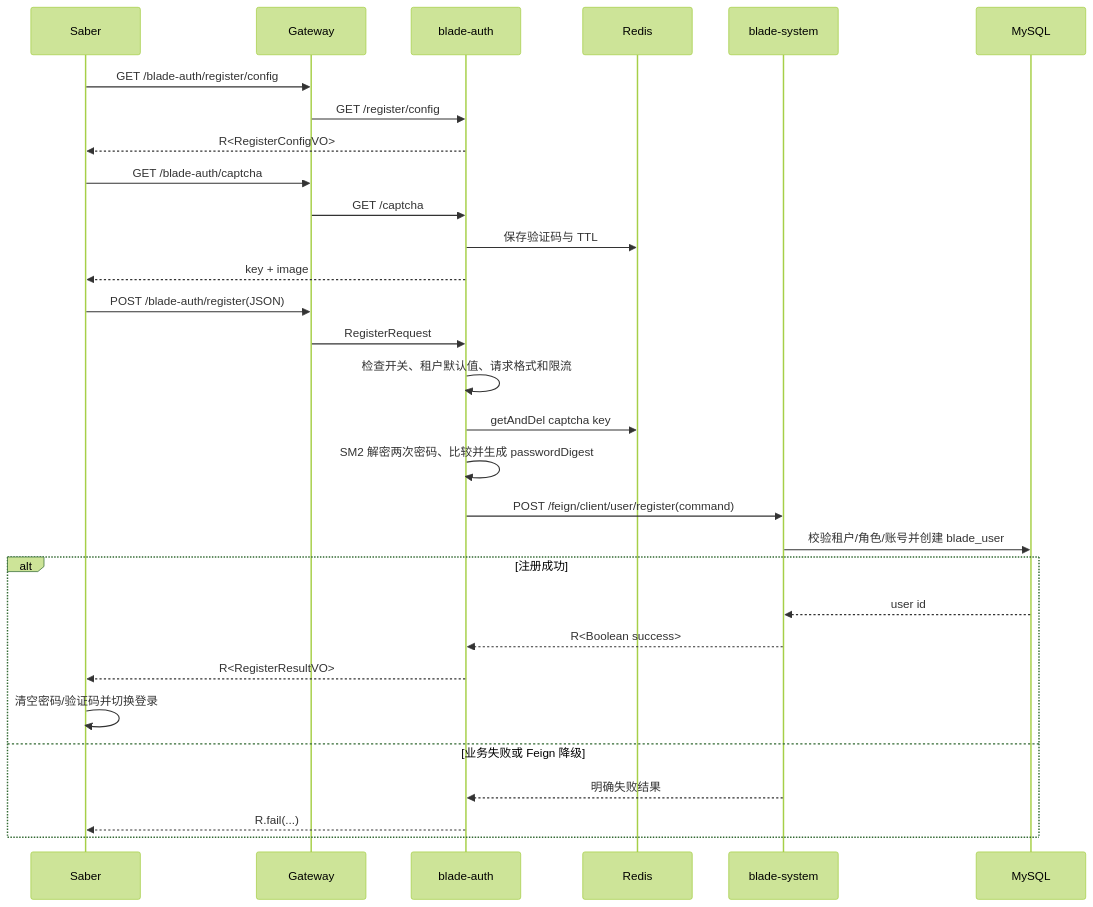
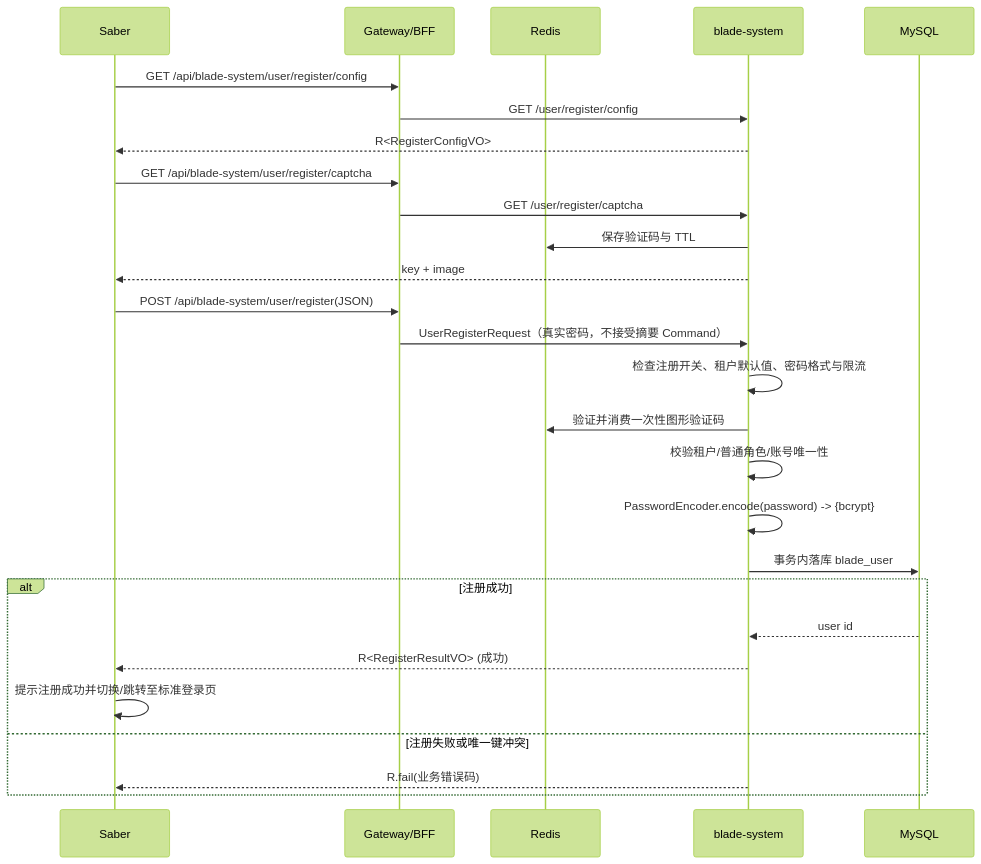
One commit to anInterestingName/SpringBlade changed the second of 2 diagrams in doc/design/DESIGN-REQ-2026-003-user-registration.md. Above: the diagram before and after it, drawn with Mermaid (forest theme). The commit also changed other lines of this file and 167 other files, not shown here.

````diff
--- a/doc/design/DESIGN-REQ-2026-003-user-registration.md
+++ b/doc/design/DESIGN-REQ-2026-003-user-registration.md
@@ -111,32 +110,29 @@
 ```mermaid
 sequenceDiagram
     participant S as Saber
-    participant G as Gateway
-    participant A as blade-auth
+    participant G as Gateway/BFF
     participant R as Redis
     participant U as blade-system
     participant DB as MySQL
-    S->>G: GET /blade-auth/register/config
-    G->>A: GET /register/config
-    A-->>S: R<RegisterConfigVO>
-    S->>G: GET /blade-auth/captcha
-    G->>A: GET /captcha
-    A->>R: 保存验证码与 TTL
-    A-->>S: key + image
-    S->>G: POST /blade-auth/register(JSON)
-    G->>A: RegisterRequest
-    A->>A: 检查开关、租户默认值、请求格式和限流
-    A->>R: getAndDel captcha key
-    A->>A: SM2 解密两次密码、比较并生成 passwordDigest
-    A->>U: POST /feign/client/user/register(command)
-    U->>DB: 校验租户/角色/账号并创建 blade_user
+    S->>G: GET /api/blade-system/user/register/config
+    G->>U: GET /user/register/config
+    U-->>S: R<RegisterConfigVO>
+    S->>G: GET /api/blade-system/user/register/captcha
+    G->>U: GET /user/register/captcha
+    U->>R: 保存验证码与 TTL
+    U-->>S: key + image
+    S->>G: POST /api/blade-system/user/register(JSON)
+    G->>U: UserRegisterRequest（真实密码，不接受摘要 Command）
+    U->>U: 检查注册开关、租户默认值、密码格式与限流
+    U->>R: 验证并消费一次性图形验证码
+    U->>U: 校验租户/普通角色/账号唯一性
+    U->>U: PasswordEncoder.encode(password) -> {bcrypt}
+    U->>DB: 事务内落库 blade_user
     alt 注册成功
         DB-->>U: user id
-        U-->>A: R<Boolean success>
-        A-->>S: R<RegisterResultVO>
-        S->>S: 清空密码/验证码并切换登录
-    else 业务失败或 Feign 降级
-        U-->>A: 明确失败结果
-        A-->>S: R.fail(...)
+        U-->>S: R<RegisterResultVO> (成功)
+        S->>S: 提示注册成功并切换/跳转至标准登录页
+    else 注册失败或唯一键冲突
+        U-->>S: R.fail(业务错误码)
     end
 ```
````
